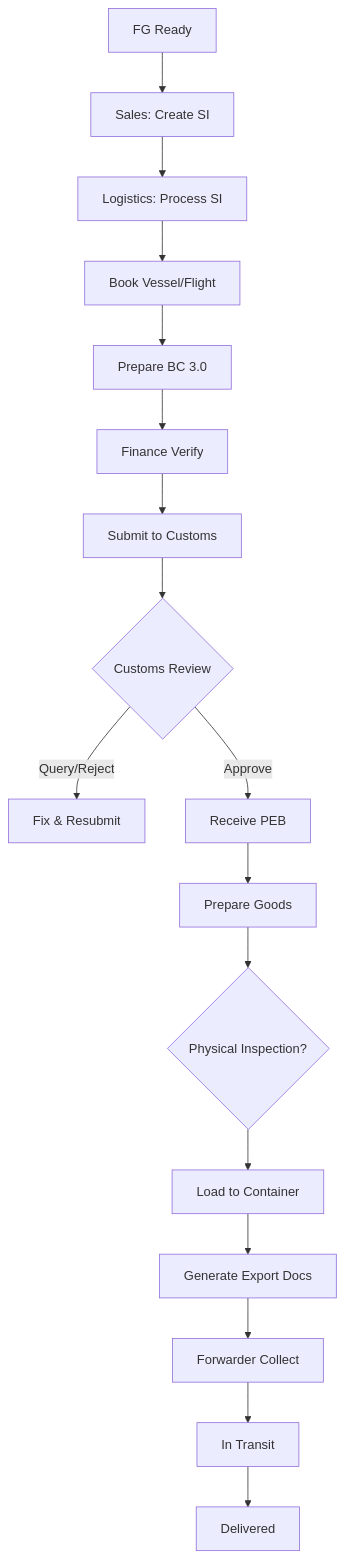
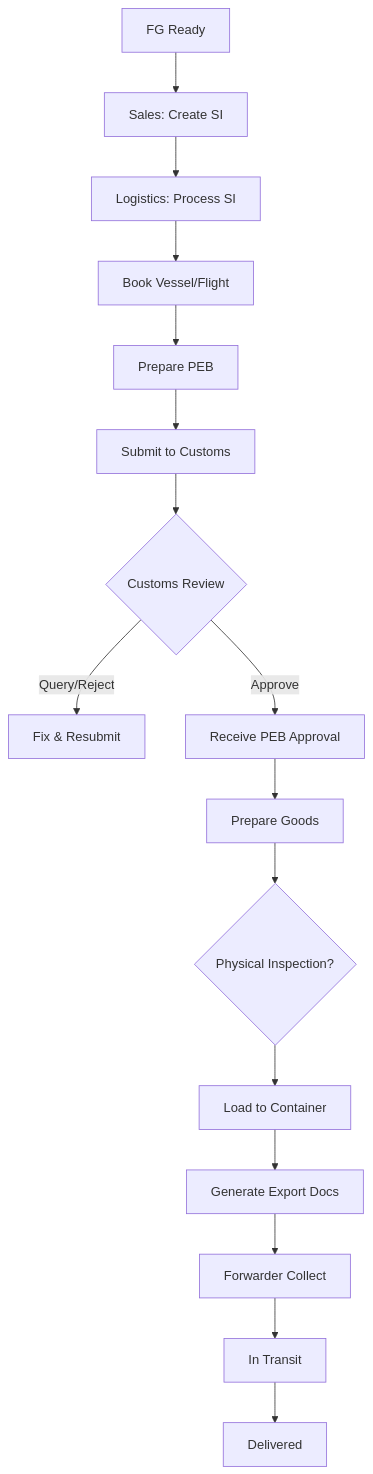
The fifth of 7 diagrams in docs/detailed_workflow_spec.md (batalngantuk/jkj), drawn with Mermaid before and after one commit. The commit also changed other lines of this file and 5 other files, not shown here.

````diff
--- a/docs/detailed_workflow_spec.md
+++ b/docs/detailed_workflow_spec.md
@@ -217,19 +240,18 @@
 ```mermaid
 graph TD
     A[FG Ready] --> B[Sales: Create SI]
     B --> C[Logistics: Process SI]
     C --> D[Book Vessel/Flight]
-    D --> E[Prepare BC 3.0]
-    E --> F[Finance Verify]
-    F --> G[Submit to Customs]
-    G --> H{Customs Review}
-    H -->|Query/Reject| I[Fix & Resubmit]
-    H -->|Approve| J[Receive PEB]
-    J --> K[Prepare Goods]
-    K --> L{Physical Inspection?}
-    L --> M[Load to Container]
-    M --> N[Generate Export Docs]
-    N --> O[Forwarder Collect]
-    O --> P[In Transit]
-    P --> Q[Delivered]
+    D --> E[Prepare PEB]
+    E --> F[Submit to Customs]
+    F --> G{Customs Review}
+    G -->|Query/Reject| H[Fix & Resubmit]
+    G -->|Approve| I[Receive PEB Approval]
+    I --> J[Prepare Goods]
+    J --> K{Physical Inspection?}
+    K --> L[Load to Container]
+    L --> M[Generate Export Docs]
+    M --> N[Forwarder Collect]
+    N --> O[In Transit]
+    O --> P[Delivered]
 ```
````
